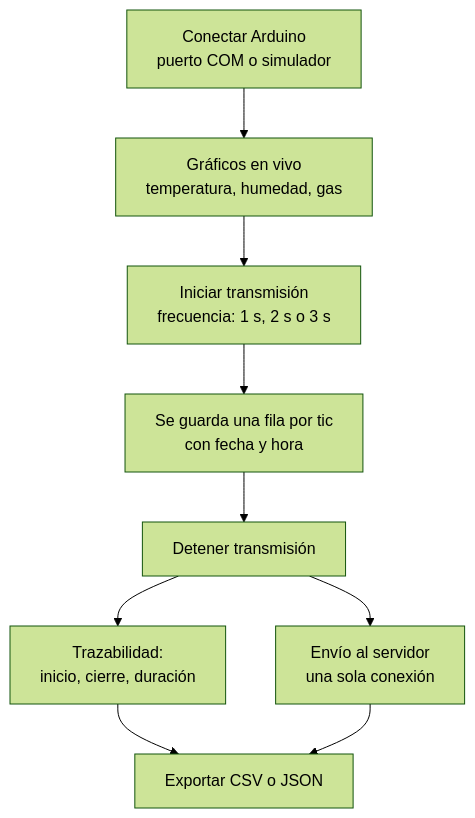
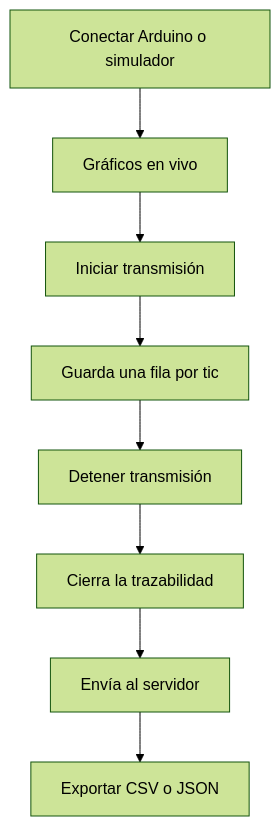
Before and after one commit to cescalantea/bigdata_evaluacion2: the third of 5 diagrams in MAESTRO.md, drawn with Mermaid (forest theme). The commit also changed other lines of this file and 5 other files, not shown here.

First line of the commit message:
Actualiza la documentación de instalación y hace verticales los diagramas del MAESTRO

````diff
--- a/MAESTRO.md
+++ b/MAESTRO.md
@@ -134,11 +144,10 @@
 ```mermaid
 flowchart TD
-    A["Conectar Arduino<br/>puerto COM o simulador"] --> B["Gráficos en vivo<br/>temperatura, humedad, gas"]
-    B --> C["Iniciar transmisión<br/>frecuencia: 1 s, 2 s o 3 s"]
-    C --> D["Se guarda una fila por tic<br/>con fecha y hora"]
+    A["Conectar Arduino o simulador"] --> B["Gráficos en vivo"]
+    B --> C["Iniciar transmisión"]
+    C --> D["Guarda una fila por tic"]
     D --> E["Detener transmisión"]
-    E --> F["Trazabilidad:<br/>inicio, cierre, duración"]
-    E --> G["Envío al servidor<br/>una sola conexión"]
-    F --> H["Exportar CSV o JSON"]
-    G --> H
+    E --> F["Cierra la trazabilidad"]
+    F --> G["Envía al servidor"]
+    G --> H["Exportar CSV o JSON"]
 ```
````
